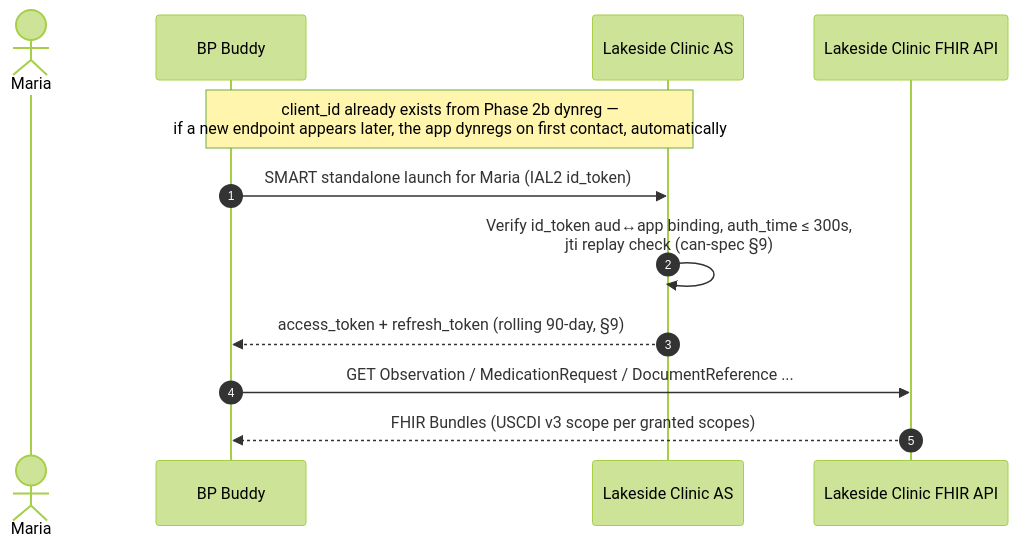
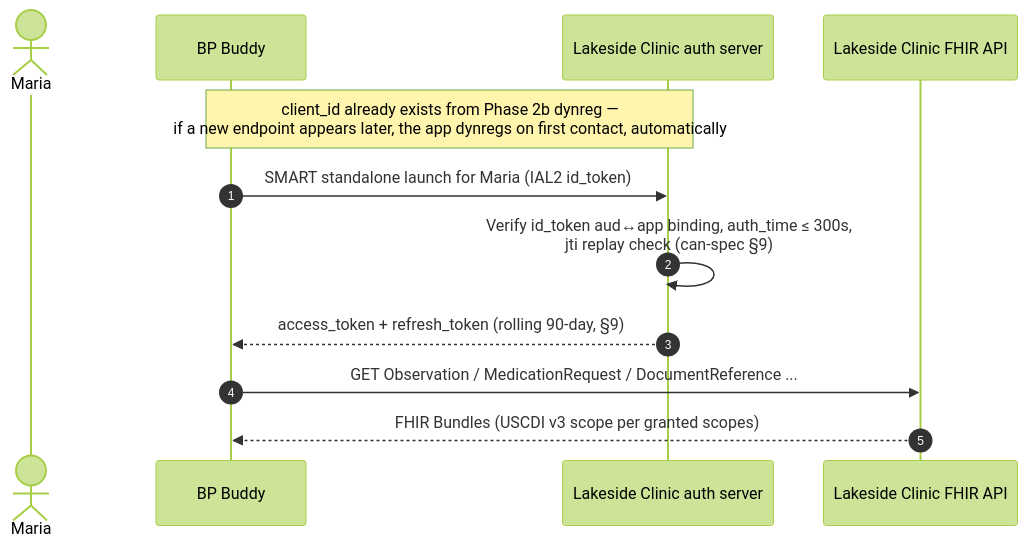
Before and after one commit to jmandel/cms-ns: the eighth of 10 diagrams in app-connectivity-flows.md, drawn with Mermaid (forest theme). The commit also changed other lines of this file and 2 other files, not shown here.

````diff
--- a/app-connectivity-flows.md
+++ b/app-connectivity-flows.md
@@ -205,15 +211,15 @@
 ```mermaid
 sequenceDiagram
     autonumber
     actor Maria
     participant App as BP Buddy
-    participant LAS as Lakeside Clinic AS
+    participant LAS as Lakeside Clinic auth server
     participant LFHIR as Lakeside Clinic FHIR API
 
     Note over App,LAS: client_id already exists from Phase 2b dynreg —<br/>if a new endpoint appears later, the app dynregs on first contact, automatically
     App->>LAS: SMART standalone launch for Maria (IAL2 id_token)
     LAS->>LAS: Verify id_token aud↔app binding, auth_time ≤ 300s,<br/>jti replay check (can-spec §9)
     LAS-->>App: access_token + refresh_token (rolling 90-day, §9)
     App->>LFHIR: GET Observation / MedicationRequest / DocumentReference ...
     LFHIR-->>App: FHIR Bundles (USCDI v3 scope per granted scopes)
 ```
````
